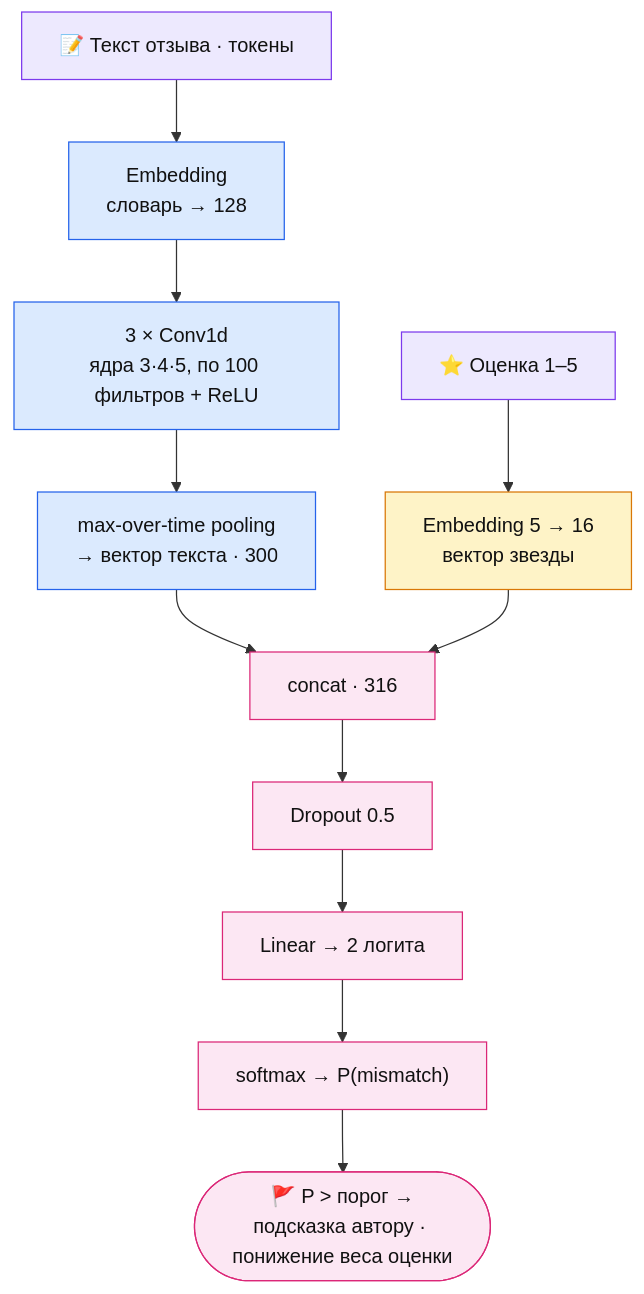
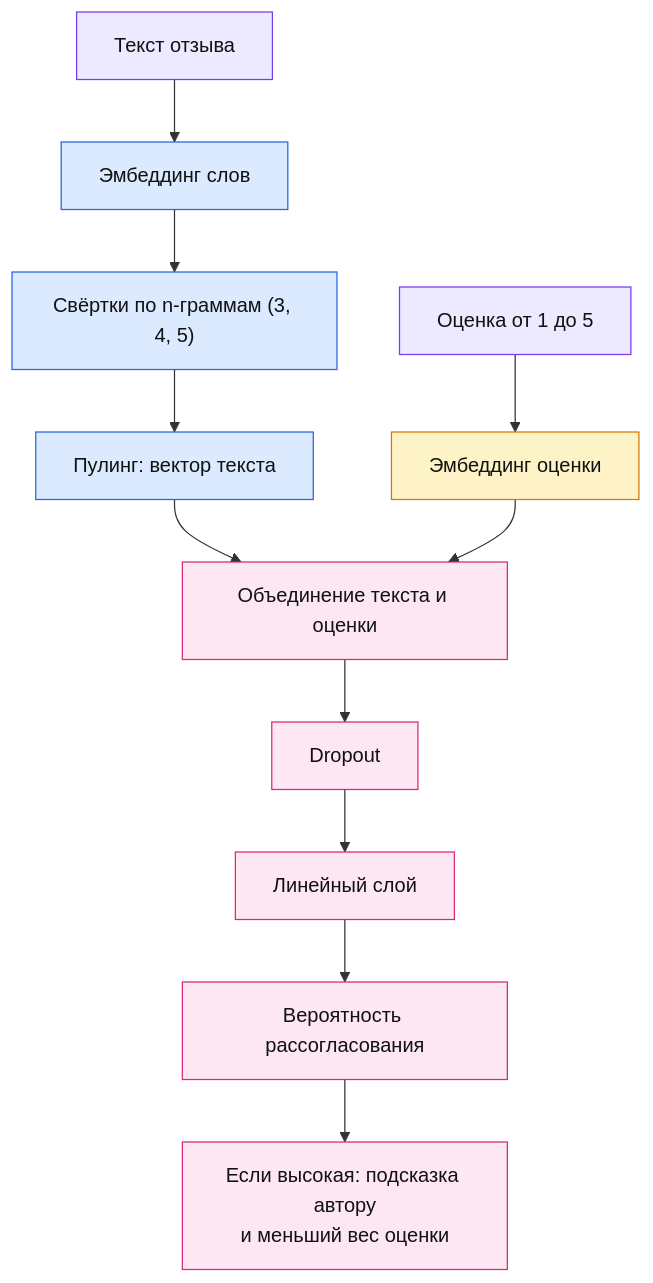
Before and after one commit to bluesteelll/gp5: the second of 2 diagrams in README.md, drawn with Mermaid. The commit also changed other lines of this file, not shown here.

````diff
--- a/README.md
+++ b/README.md
@@ -203,28 +202,28 @@
 ```mermaid
 flowchart TD
-    TXT["📝 Текст отзыва · токены"]
-    ST["⭐ Оценка 1–5"]
+    TXT["Текст отзыва"]
+    ST["Оценка от 1 до 5"]
 
-    TXT --> EMB["Embedding<br/>словарь → 128"]
-    EMB --> CONV["3 × Conv1d<br/>ядра 3·4·5, по 100 фильтров + ReLU"]
-    CONV --> POOL["max-over-time pooling<br/>→ вектор текста · 300"]
+    TXT --> EMB["Эмбеддинг слов"]
+    EMB --> CONV["Свёртки по n-граммам (3, 4, 5)"]
+    CONV --> POOL["Пулинг: вектор текста"]
 
-    ST --> SEMB["Embedding 5 → 16<br/>вектор звезды"]
+    ST --> SEMB["Эмбеддинг оценки"]
 
-    POOL --> CAT["concat · 316"]
+    POOL --> CAT["Объединение текста и оценки"]
     SEMB --> CAT
-    CAT --> DROP["Dropout 0.5"]
-    DROP --> FC["Linear → 2 логита"]
-    FC --> P["softmax → P(mismatch)"]
-    P --> OUT(["🚩 P > порог →<br/>подсказка автору · понижение веса оценки"])
+    CAT --> DROP["Dropout"]
+    DROP --> FC["Линейный слой"]
+    FC --> P["Вероятность рассогласования"]
+    P --> OUT["Если высокая: подсказка автору<br/>и меньший вес оценки"]
 
     classDef inp  fill:#ede9fe,stroke:#7c3aed,color:#111;
     classDef txt  fill:#dbeafe,stroke:#2563eb,color:#111;
     classDef star fill:#fef3c7,stroke:#d97706,color:#111;
     classDef head fill:#fce7f3,stroke:#db2777,color:#111;
 
     class TXT,ST inp;
     class EMB,CONV,POOL txt;
     class SEMB star;
     class CAT,DROP,FC,P,OUT head;
 ```
````
